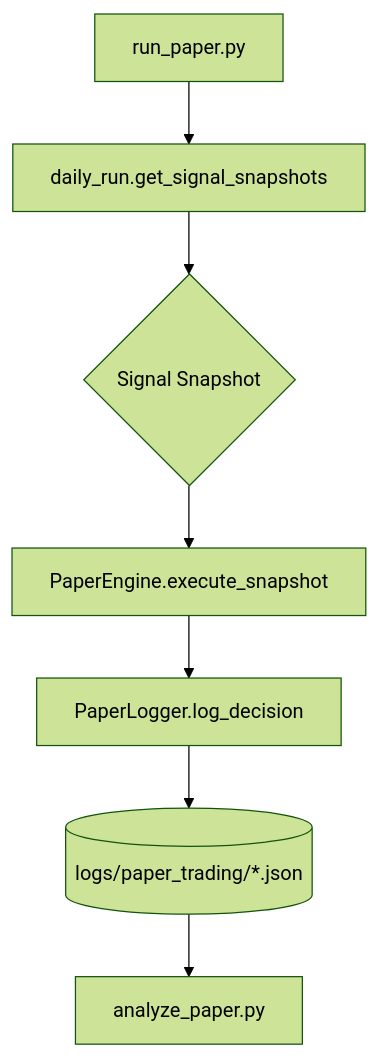
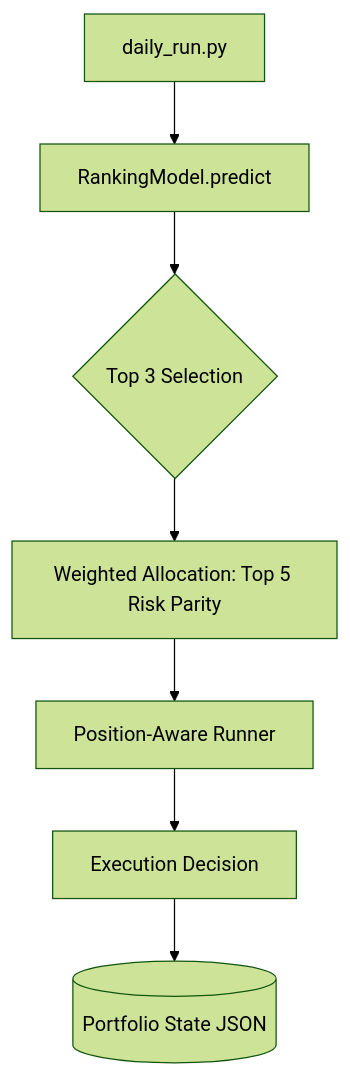
The diagram in docs/PAPER_TRADING_TECHNICAL.md (alptigingorkem-coder/bist30_ai_trader), drawn with Mermaid (forest theme) before and after one commit. The commit also changed other lines of this file and 58 other files, not shown here.

````diff
--- a/docs/PAPER_TRADING_TECHNICAL.md
+++ b/docs/PAPER_TRADING_TECHNICAL.md
@@ -9,9 +9,9 @@
 ```mermaid
 flowchart TD
-    A[run_paper.py] --> B[daily_run.get_signal_snapshots]
-    B --> C{Signal Snapshot}
-    C --> D[PaperEngine.execute_snapshot]
-    D --> E[PaperLogger.log_decision]
-    E --> F[(logs/paper_trading/*.json)]
-    F --> G[analyze_paper.py]
+    A[daily_run.py] --> B[RankingModel.predict]
+    B --> C{Top 3 Selection}
+    C --> D[Weighted Allocation: Top 5 Risk Parity]
+    D --> E[Position-Aware Runner]
+    E --> F[Execution Decision]
+    F --> G[(Portfolio State JSON)]
 ```
````
